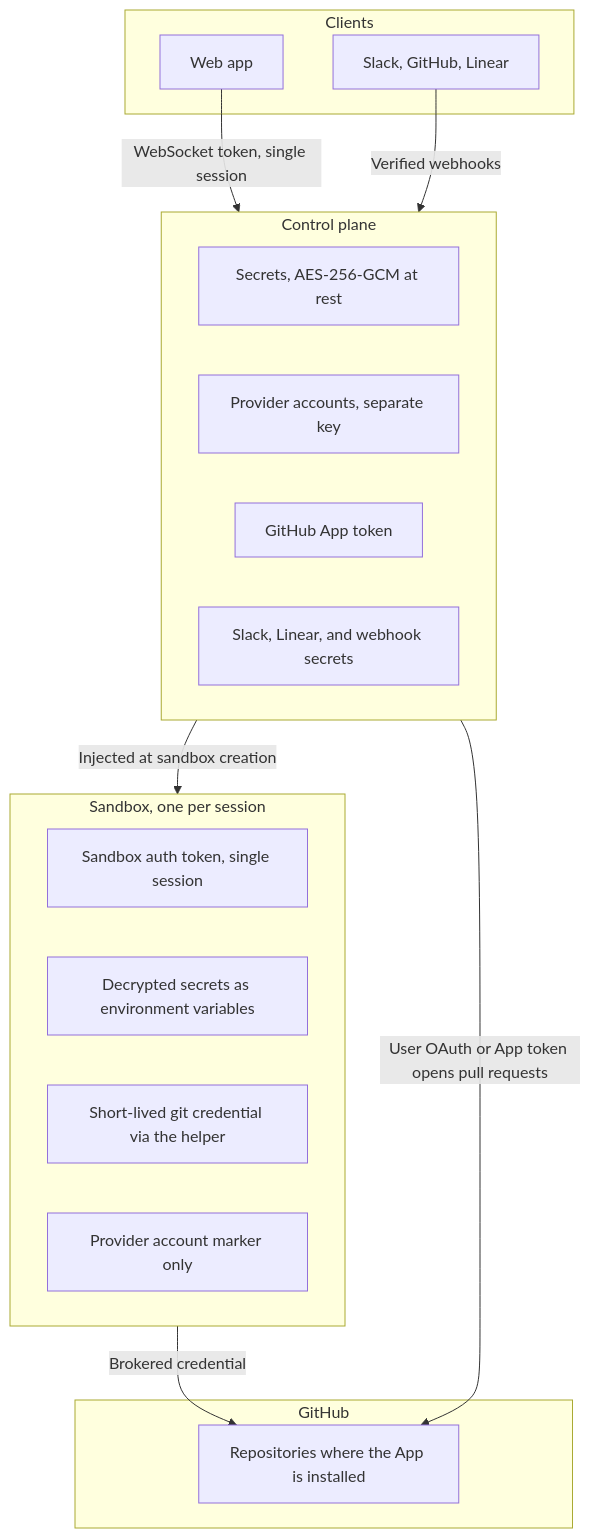
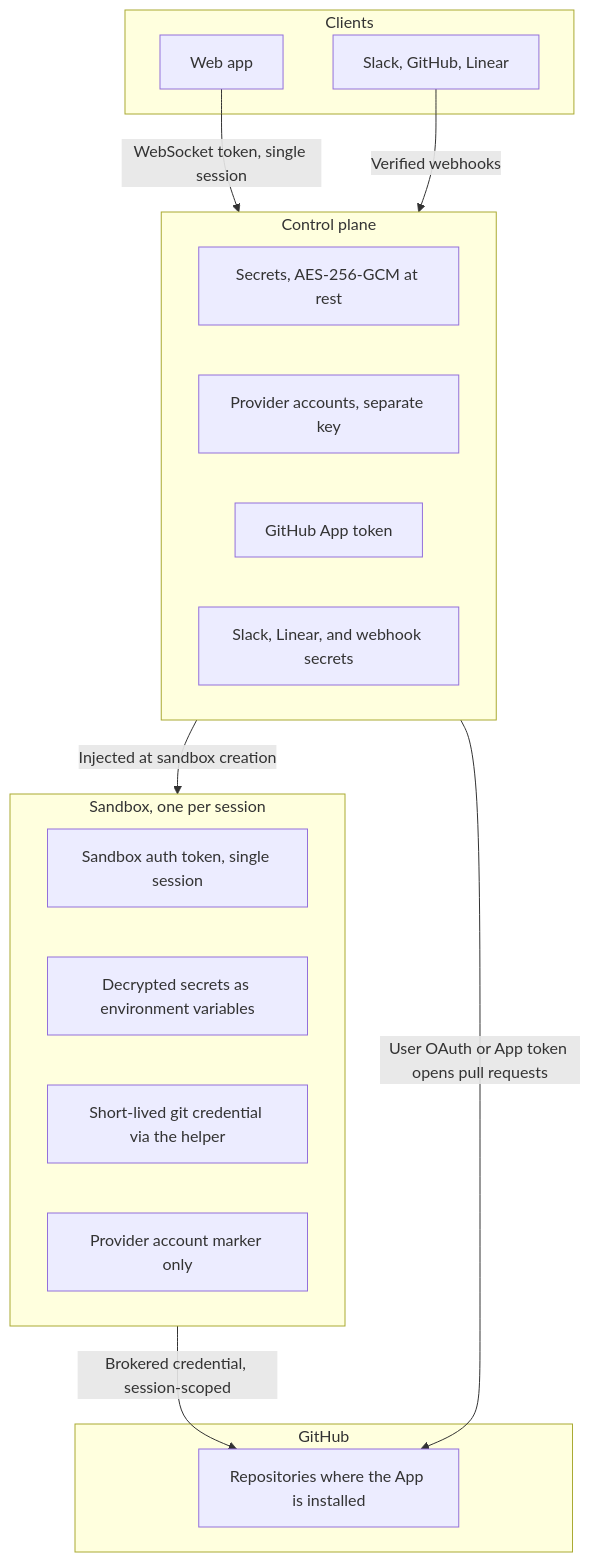
Before and after one commit to ColeMurray/background-agents: the diagram in packages/docs/content/docs/administration/security.mdx, drawn with Mermaid. The commit also changed other lines of this file and 33 other files, not shown here.

````diff
--- a/packages/docs/content/docs/administration/security.mdx
+++ b/packages/docs/content/docs/administration/security.mdx
@@ -54,28 +66,28 @@
 ```mermaid
 flowchart TB
     accTitle: Where tokens and secrets live across clients, the control plane, the sandbox, and GitHub
     subgraph clients["Clients"]
         web["Web app"]
         chat["Slack, GitHub, Linear"]
     end
     subgraph cp["Control plane"]
         secrets["Secrets, AES-256-GCM at rest"]
         accounts["Provider accounts, separate key"]
         apptoken["GitHub App token"]
         bottokens["Slack, Linear, and webhook secrets"]
     end
     subgraph sandbox["Sandbox, one per session"]
         sbtoken["Sandbox auth token, single session"]
         env["Decrypted secrets as environment variables"]
         cred["Short-lived git credential via the helper"]
         marker["Provider account marker only"]
     end
     subgraph gh["GitHub"]
         repos["Repositories where the App is installed"]
     end
     web -->|WebSocket token, single session| cp
     chat -->|Verified webhooks| cp
     cp -->|Injected at sandbox creation| sandbox
-    sandbox -->|Brokered credential| repos
+    sandbox -->|Brokered credential, session-scoped| repos
     cp -->|User OAuth or App token opens pull requests| repos
 ```
````
